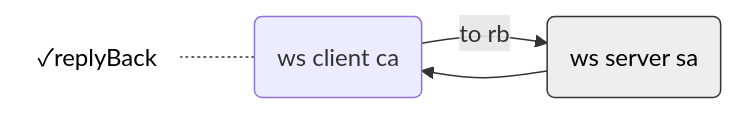
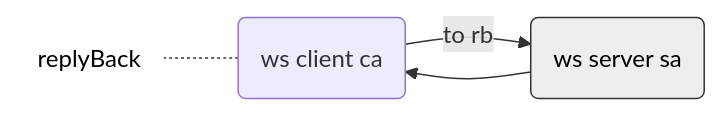
The first of 7 diagrams in README.md (toshirot/w2w), drawn with Mermaid before and after one commit. The commit also changed other lines of this file, not shown here.

````diff
--- a/README.md
+++ b/README.md
@@ -102,16 +101,16 @@
 ```mermaid
 flowchart LR
 
 %%test0("at on connect: 自動で返される reply back"):::class_text
 
     %%single_type3
-        text_a2a("✓replyBack"):::class_text_min
+        text_a2a("replyBack"):::class_text_min
         single_type3c(ws client ca) 
         single_type3s(ws server sa):::class_server
             text_a2a -.- single_type3c
             single_type3c --> |to rb| single_type3s --> single_type3c
 
 classDef class_server fill:#eee,color:#000,stroke:#333
 classDef class_text fill:#fff,color:#000,stroke:#fff
 classDef class_text_min fill:#fff,color:#000,stroke:#fff,margin:0
 ```
````
